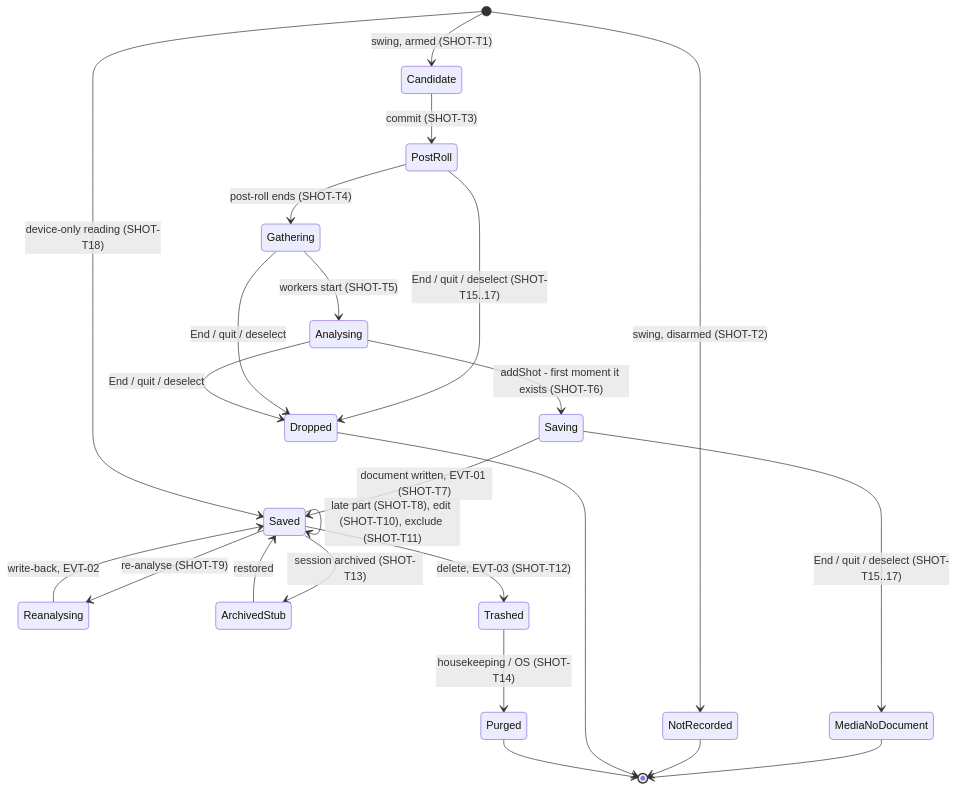
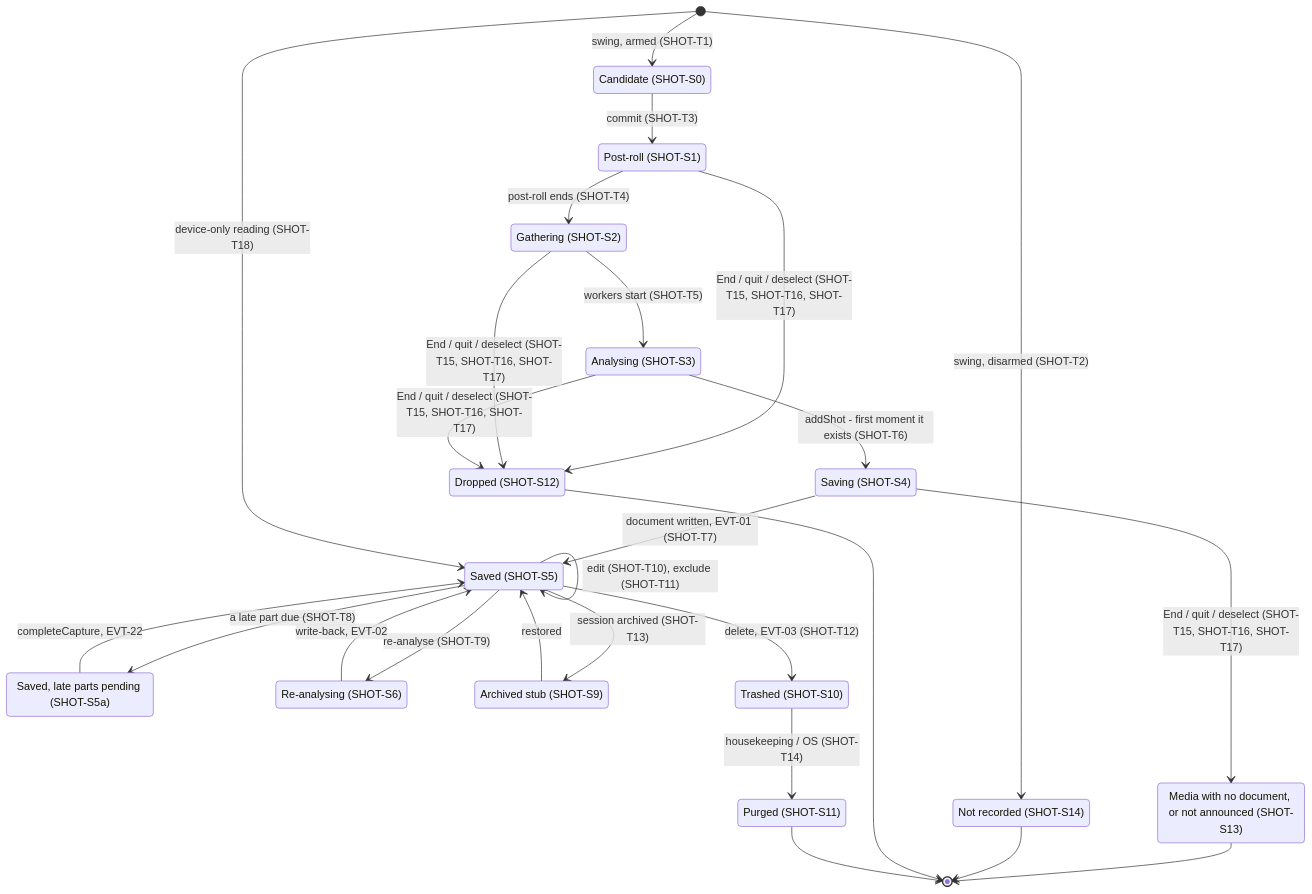
Before and after one commit to PinPoint-Golf/PinPointStudio: the fifth of 8 diagrams in governance/artefacts/lifecycle_model.md, drawn with Mermaid. The commit also changed other lines of this file, not shown here.

First line of the commit message:
Governance: the lifecycle model gains three activity diagrams (a shot, a session, the application), and its state diagrams match their tables

````diff
--- a/governance/artefacts/lifecycle_model.md
+++ b/governance/artefacts/lifecycle_model.md
@@ -232,26 +325,42 @@
 ```mermaid
 stateDiagram-v2
+    state "Candidate (SHOT-S0)" as Candidate
+    state "Post-roll (SHOT-S1)" as PostRoll
+    state "Gathering (SHOT-S2)" as Gathering
+    state "Analysing (SHOT-S3)" as Analysing
+    state "Saving (SHOT-S4)" as Saving
+    state "Saved (SHOT-S5)" as Saved
+    state "Saved, late parts pending (SHOT-S5a)" as LatePending
+    state "Re-analysing (SHOT-S6)" as Reanalysing
+    state "Archived stub (SHOT-S9)" as ArchivedStub
+    state "Trashed (SHOT-S10)" as Trashed
+    state "Purged (SHOT-S11)" as Purged
+    state "Dropped (SHOT-S12)" as Dropped
+    state "Media with no document, or not announced (SHOT-S13)" as MediaNoDocument
+    state "Not recorded (SHOT-S14)" as NotRecorded
     [*] --> Candidate: swing, armed (SHOT-T1)
     [*] --> NotRecorded: swing, disarmed (SHOT-T2)
     Candidate --> PostRoll: commit (SHOT-T3)
     PostRoll --> Gathering: post-roll ends (SHOT-T4)
     Gathering --> Analysing: workers start (SHOT-T5)
     Analysing --> Saving: addShot - first moment it exists (SHOT-T6)
     Saving --> Saved: document written, EVT-01 (SHOT-T7)
-    Saved --> Saved: late part (SHOT-T8), edit (SHOT-T10), exclude (SHOT-T11)
+    Saved --> LatePending: a late part due (SHOT-T8)
+    LatePending --> Saved: completeCapture, EVT-22
+    Saved --> Saved: edit (SHOT-T10), exclude (SHOT-T11)
     Saved --> Reanalysing: re-analyse (SHOT-T9)
     Reanalysing --> Saved: write-back, EVT-02
     Saved --> ArchivedStub: session archived (SHOT-T13)
     ArchivedStub --> Saved: restored
     Saved --> Trashed: delete, EVT-03 (SHOT-T12)
     Trashed --> Purged: housekeeping / OS (SHOT-T14)
-    PostRoll --> Dropped: End / quit / deselect (SHOT-T15..17)
-    Gathering --> Dropped: End / quit / deselect
-    Analysing --> Dropped: End / quit / deselect
-    Saving --> MediaNoDocument: End / quit / deselect (SHOT-T15..17)
+    PostRoll --> Dropped: End / quit / deselect (SHOT-T15, SHOT-T16, SHOT-T17)
+    Gathering --> Dropped: End / quit / deselect (SHOT-T15, SHOT-T16, SHOT-T17)
+    Analysing --> Dropped: End / quit / deselect (SHOT-T15, SHOT-T16, SHOT-T17)
+    Saving --> MediaNoDocument: End / quit / deselect (SHOT-T15, SHOT-T16, SHOT-T17)
     [*] --> Saved: device-only reading (SHOT-T18)
     MediaNoDocument --> [*]
     NotRecorded --> [*]
     Dropped --> [*]
     Purged --> [*]
 ```
````
